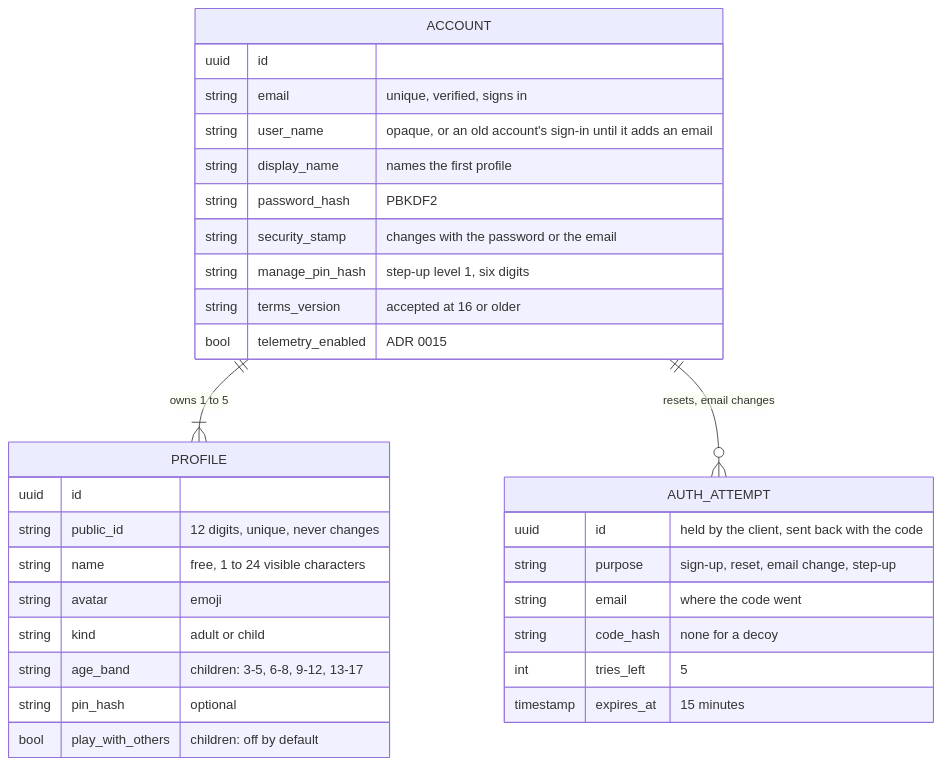
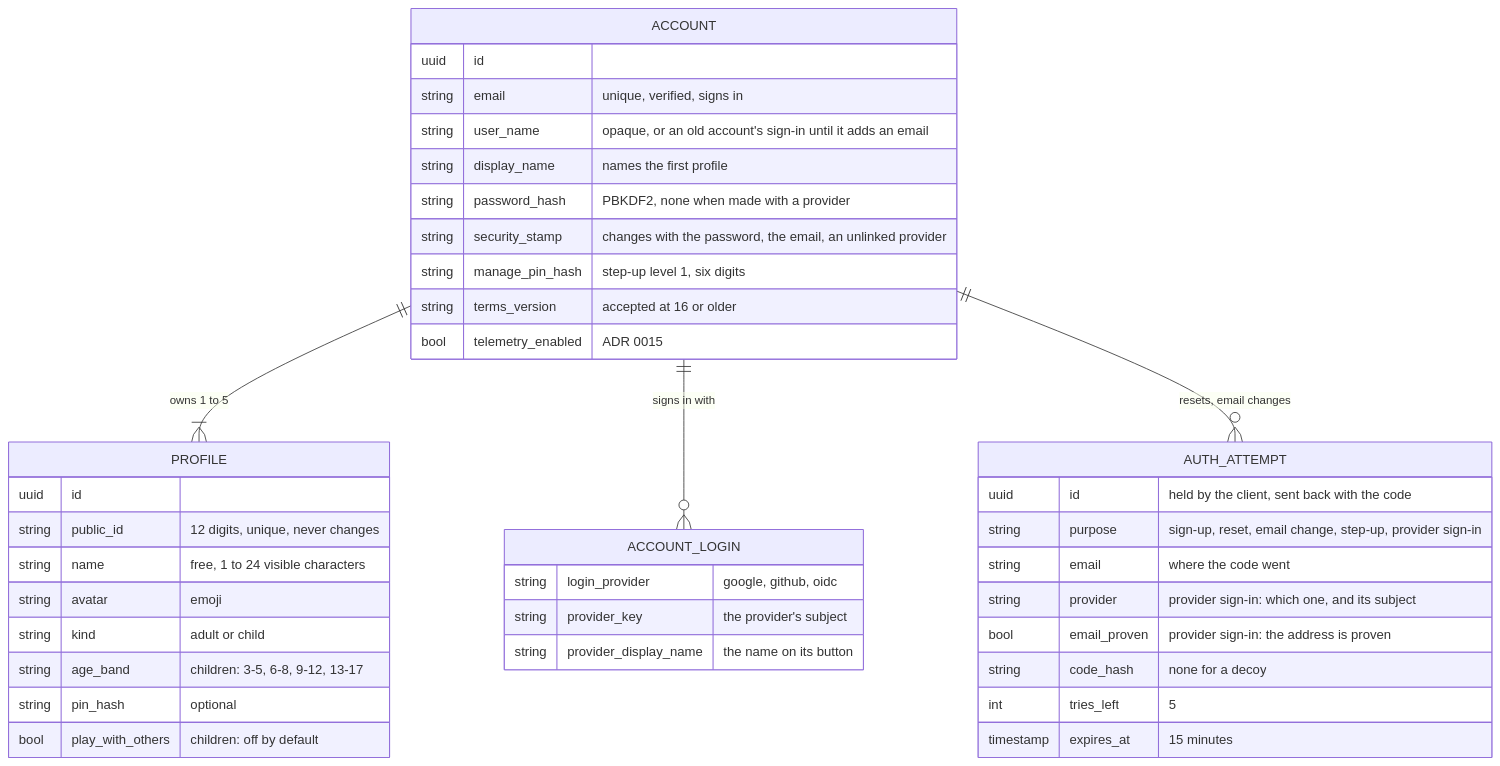
The first of 10 diagrams in docs/architecture/identity.md (vinh466/tohe-play), drawn with Mermaid before and after one commit. The commit also changed other lines of this file and 4 other files, not shown here.

First line of the commit message:
docs: sign in with a provider, linked by its subject after proof (ADR 0026)

````diff
--- a/docs/architecture/identity.md
+++ b/docs/architecture/identity.md
@@ -16,34 +17,42 @@
 ```mermaid
 erDiagram
   ACCOUNT ||--|{ PROFILE : "owns 1 to 5"
+  ACCOUNT ||--o{ ACCOUNT_LOGIN : "signs in with"
   ACCOUNT ||--o{ AUTH_ATTEMPT : "resets, email changes"
   ACCOUNT {
     uuid id
     string email "unique, verified, signs in"
     string user_name "opaque, or an old account's sign-in until it adds an email"
     string display_name "names the first profile"
-    string password_hash "PBKDF2"
-    string security_stamp "changes with the password or the email"
+    string password_hash "PBKDF2, none when made with a provider"
+    string security_stamp "changes with the password, the email, an unlinked provider"
     string manage_pin_hash "step-up level 1, six digits"
     string terms_version "accepted at 16 or older"
     bool telemetry_enabled "ADR 0015"
+  }
+  ACCOUNT_LOGIN {
+    string login_provider "google, github, oidc"
+    string provider_key "the provider's subject"
+    string provider_display_name "the name on its button"
   }
   PROFILE {
     uuid id
     string public_id "12 digits, unique, never changes"
     string name "free, 1 to 24 visible characters"
     string avatar "emoji"
     string kind "adult or child"
     string age_band "children: 3-5, 6-8, 9-12, 13-17"
     string pin_hash "optional"
     bool play_with_others "children: off by default"
   }
   AUTH_ATTEMPT {
     uuid id "held by the client, sent back with the code"
-    string purpose "sign-up, reset, email change, step-up"
+    string purpose "sign-up, reset, email change, step-up, provider sign-in"
     string email "where the code went"
+    string provider "provider sign-in: which one, and its subject"
+    bool email_proven "provider sign-in: the address is proven"
     string code_hash "none for a decoy"
     int tries_left "5"
     timestamp expires_at "15 minutes"
   }
 ```
````
